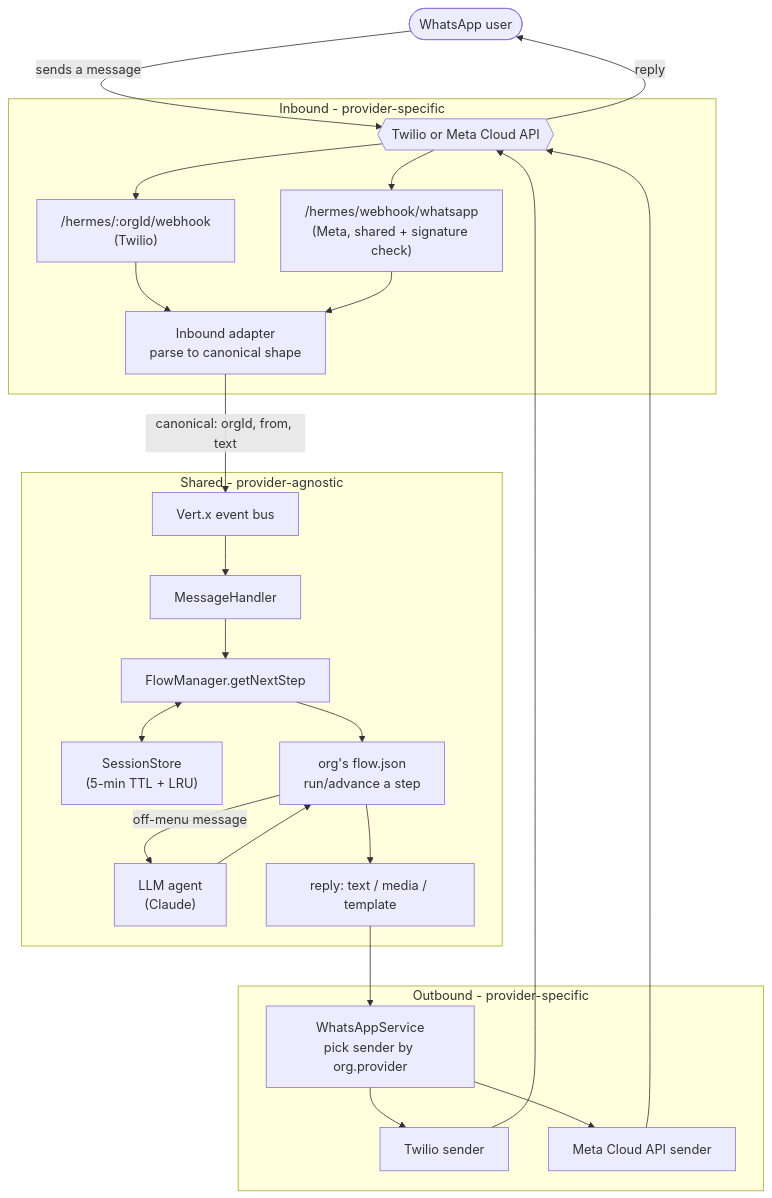
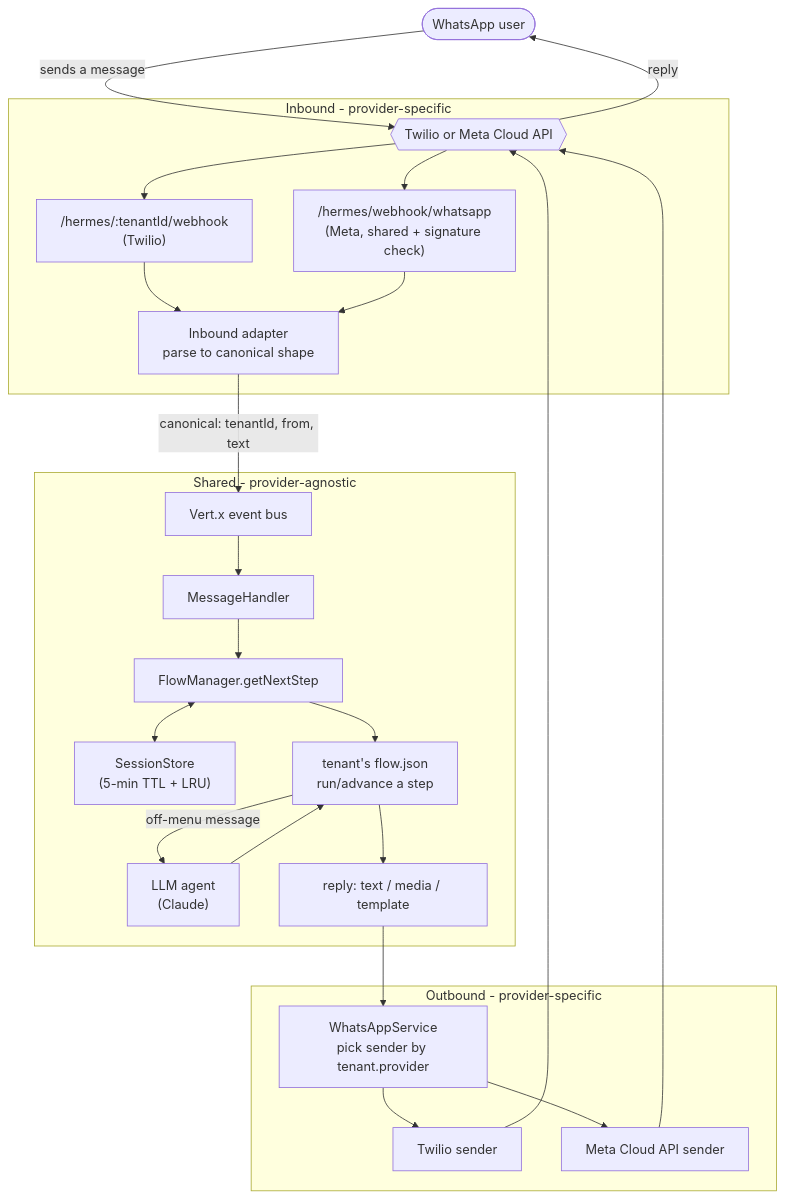
Before and after one commit to rohinagrawal/Hermes: the diagram in docs/OVERVIEW.md, drawn with Mermaid. The commit also changed other lines of this file and 5 other files, not shown here.

First line of the commit message:
Docs: Org->Tenant prose, LLD, and optional MySQL/Kafka config

````diff
--- a/docs/OVERVIEW.md
+++ b/docs/OVERVIEW.md
@@ -23,34 +23,34 @@
 ```mermaid
 flowchart TD
     U([WhatsApp user]) -->|sends a message| P{{Twilio  or  Meta Cloud API}}
 
     subgraph IN["Inbound - provider-specific"]
-      P --> R1["/hermes/:orgId/webhook<br/>(Twilio)"]
+      P --> R1["/hermes/:tenantId/webhook<br/>(Twilio)"]
       P --> R2["/hermes/webhook/whatsapp<br/>(Meta, shared + signature check)"]
       R1 --> ADP["Inbound adapter<br/>parse to canonical shape"]
       R2 --> ADP
     end
 
-    ADP -->|canonical: orgId, from, text| BUS["Vert.x event bus"]
+    ADP -->|canonical: tenantId, from, text| BUS["Vert.x event bus"]
 
     subgraph CORE["Shared - provider-agnostic"]
       BUS --> MH["MessageHandler"]
       MH --> FM["FlowManager.getNextStep"]
       FM <--> SS["SessionStore<br/>(5-min TTL + LRU)"]
-      FM --> FLOW["org's flow.json<br/>run/advance a step"]
+      FM --> FLOW["tenant's flow.json<br/>run/advance a step"]
       FLOW -->|off-menu message| LLM["LLM agent<br/>(Claude)"]
       LLM --> FLOW
       FLOW --> RES["reply: text / media / template"]
     end
 
-    RES --> WS["WhatsAppService<br/>pick sender by org.provider"]
+    RES --> WS["WhatsAppService<br/>pick sender by tenant.provider"]
 
     subgraph OUT["Outbound - provider-specific"]
       WS --> S1["Twilio sender"]
       WS --> S2["Meta Cloud API sender"]
     end
 
     S1 --> P
     S2 --> P
     P -->|reply| U
 ```
````
